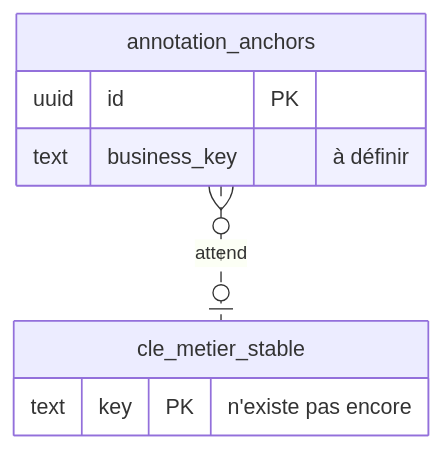
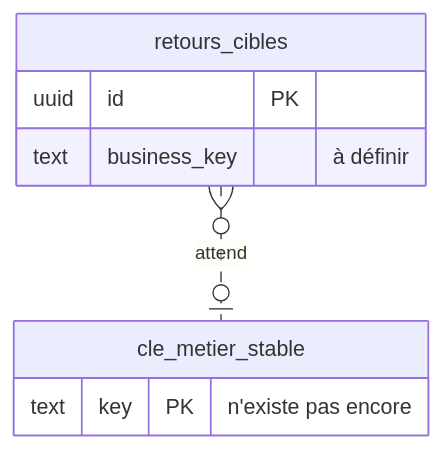
Before and after one commit to rhanka/radar-immobilier: the tenth of 19 diagrams in docs/spec/reports/dossier-retours-steve/DOSSIER_DECISION_RETOURS_STEVE_2026-10-03.md, drawn with Mermaid. The commit also changed other lines of this file and 38 other files, not shown here.

````diff
--- a/docs/spec/reports/dossier-retours-steve/DOSSIER_DECISION_RETOURS_STEVE_2026-10-03.md
+++ b/docs/spec/reports/dossier-retours-steve/DOSSIER_DECISION_RETOURS_STEVE_2026-10-03.md
@@ -1017,11 +1074,11 @@
 ```mermaid
 erDiagram
-    annotation_anchors }o..o| cle_metier_stable : attend
-    annotation_anchors {
+    retours_cibles }o..o| cle_metier_stable : attend
+    retours_cibles {
       uuid id PK
       text business_key "à définir"
     }
     cle_metier_stable {
       text key PK "n'existe pas encore"
     }
 ```
````
